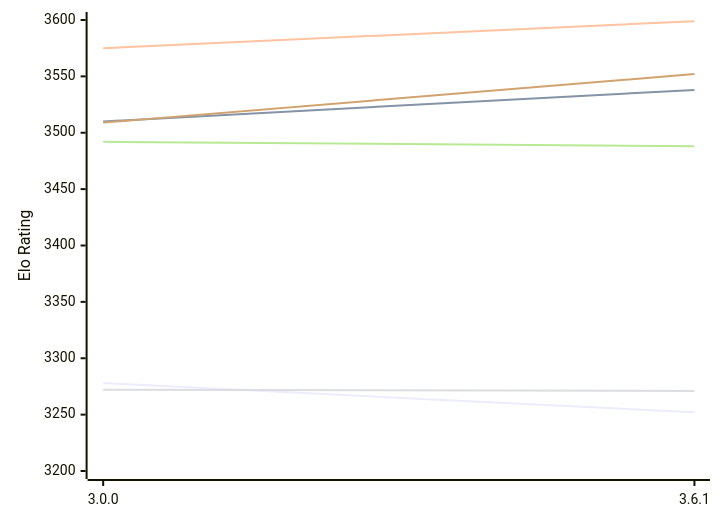
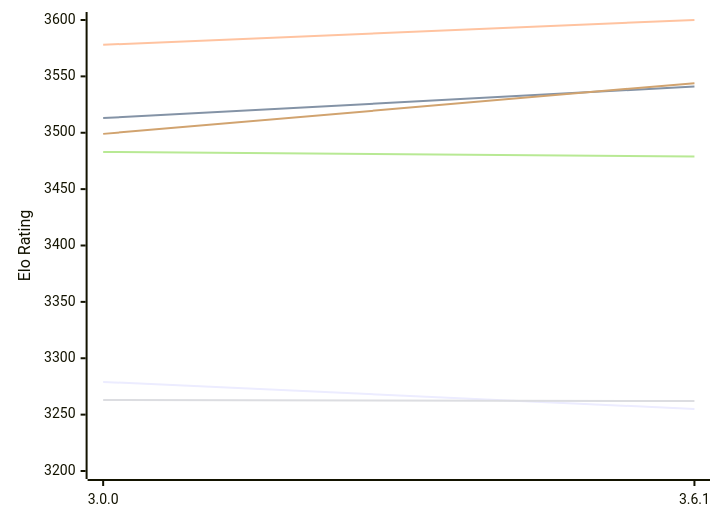
One commit to computer-chess-index/cci changed the diagram in engines/Peras.md. Above: the diagram before and after it, drawn with Mermaid. The commit also changed other lines of this file, not shown here.

Commit message:
Update CCI Ratings (ELO VLTC) - 2026-11-15

````diff
--- a/engines/Peras.md
+++ b/engines/Peras.md
@@ -49,12 +49,12 @@
 ```mermaid
 %%{init: {"theme":"base","themeVariables":{"seriesColors:['#a3a3a3','#222221','#faa371']}}}%%
 xychart-beta
   x-axis ["3.0.0", "3.6.1"]
   y-axis "Elo Rating" 3200 --> 3600
-  line "E1: STC (8.0+0.08s)" [3278, 3252]
-  line "E1: LTC (60.0+0.60s)" [3510, 3538]
-  line "E1: VLTC (2m24s+1.12s)" [3575, 3599]
-  line "P1: STC (8.0+0.08s)" [3272, 3271]
-  line "P1: LTC (60.0+0.60s)" [3492, 3488]
-  line "P1: VLTC (2m24s+1.12s)" [3509, 3552]
+  line "E1: STC (8.0+0.08s)" [3279, 3255]
+  line "E1: LTC (60.0+0.60s)" [3513, 3541]
+  line "E1: VLTC (2m24s+1.12s)" [3578, 3600]
+  line "P1: STC (8.0+0.08s)" [3263, 3262]
+  line "P1: LTC (60.0+0.60s)" [3483, 3479]
+  line "P1: VLTC (2m24s+1.12s)" [3499, 3544]
 ```
````
